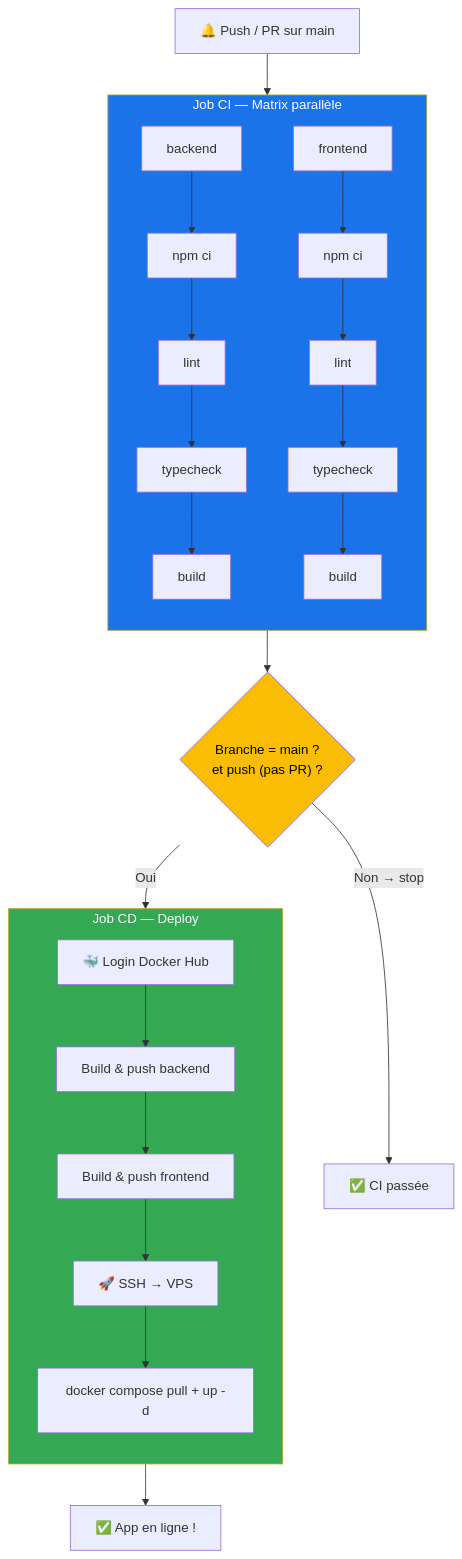
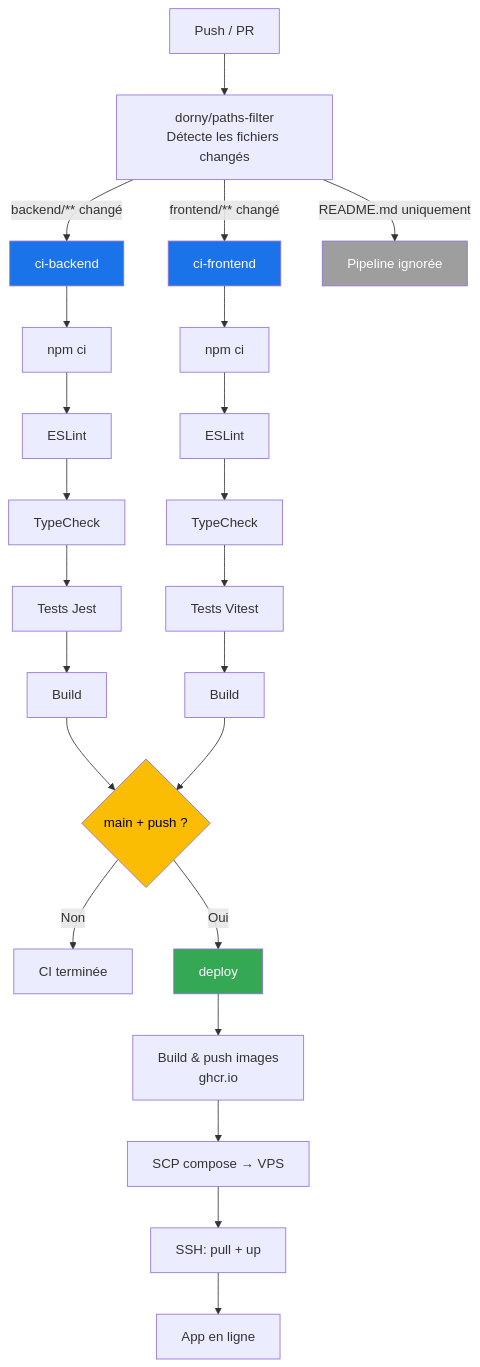
Before and after one commit to CyrilLeblanc/todo: the diagram in README.md, drawn with Mermaid. The commit also changed other lines of this file and 13 other files, not shown here.

First line of the commit message:
Add tests, refactor backend, add develop branch workflow

````diff
--- a/README.md
+++ b/README.md
@@ -86,36 +60,37 @@
 ```mermaid
 flowchart TD
-    A["🔔 Push / PR sur main"] --> B
+    A["Push / PR"] --> B["dorny/paths-filter\nDétecte les fichiers changés"]
 
-    subgraph B["Job CI — Matrix parallèle"]
-        direction TB
-        C1["backend"] --> D1["npm ci"]
-        D1 --> E1["lint"]
-        E1 --> F1["typecheck"]
-        F1 --> G1["build"]
+    B -->|"backend/** changé"| C["ci-backend"]
+    B -->|"frontend/** changé"| D["ci-frontend"]
+    B -->|"README.md uniquement"| E["Pipeline ignorée"]
 
-        C2["frontend"] --> D2["npm ci"]
-        D2 --> E2["lint"]
-        E2 --> F2["typecheck"]
-        F2 --> G2["build"]
-    end
+    C --> C1["npm ci"]
+    C1 --> C2["ESLint"]
+    C2 --> C3["TypeCheck"]
+    C3 --> C4["Tests Jest"]
+    C4 --> C5["Build"]
 
-    B --> H{"Branche = main ?\net push (pas PR) ?"}
-    H -- "Non → stop" --> I["✅ CI passée"]
-    H -- "Oui" --> J
+    D --> D1["npm ci"]
+    D1 --> D2["ESLint"]
+    D2 --> D3["TypeCheck"]
+    D3 --> D4["Tests Vitest"]
+    D4 --> D5["Build"]
 
-    subgraph J["Job CD — Deploy"]
-        direction TB
-        K["🐳 Login Docker Hub"]
-        K --> L["Build & push backend"]
-        L --> M["Build & push frontend"]
-        M --> N["🚀 SSH → VPS"]
-        N --> O["docker compose pull + up -d"]
-    end
+    C5 --> F{"main + push ?"}
+    D5 --> F
 
-    J --> P["✅ App en ligne !"]
+    F -- "Non" --> G["CI terminée"]
+    F -- "Oui" --> H["deploy"]
 
-    style B fill:#1a73e8,color:#fff
-    style J fill:#34a853,color:#fff
-    style H fill:#fbbc04,color:#000
+    H --> H1["Build & push images\nghcr.io"]
+    H1 --> H2["SCP compose → VPS"]
+    H2 --> H3["SSH: pull + up"]
+    H3 --> I["App en ligne"]
+
+    style C fill:#1a73e8,color:#fff
+    style D fill:#1a73e8,color:#fff
+    style H fill:#34a853,color:#fff
+    style F fill:#fbbc04,color:#000
+    style E fill:#9e9e9e,color:#fff
 ```
````
